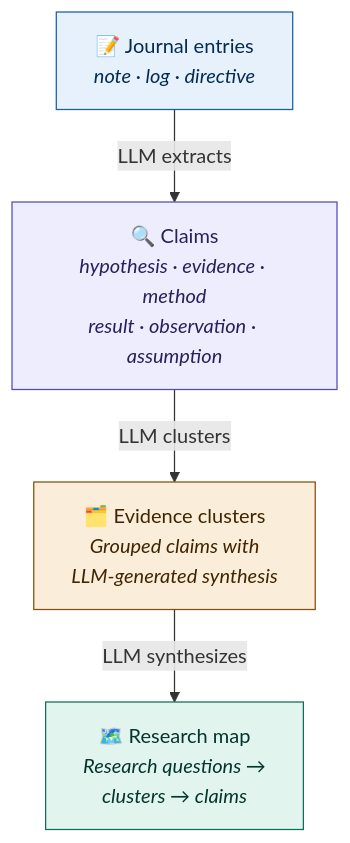
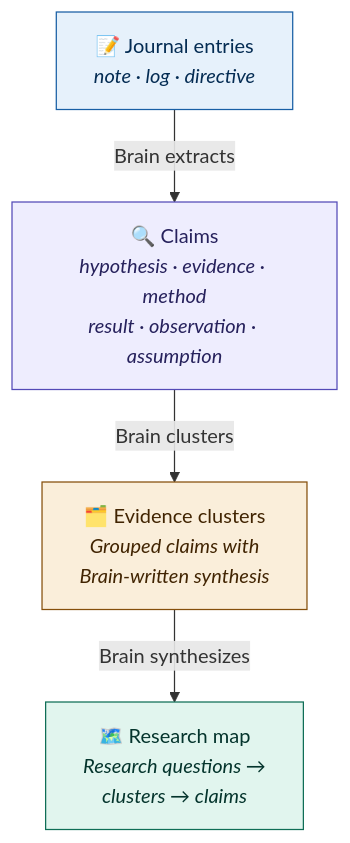
The second of 4 diagrams in README.md (infinitywings/rka), drawn with Mermaid before and after one commit. The commit also changed other lines of this file and 21 other files, not shown here.

````diff
--- a/README.md
+++ b/README.md
@@ -60,16 +60,16 @@
 ```mermaid
 graph TD
     Entry["📝 Journal entries<br/><i>note · log · directive</i>"]
     Claims["🔍 Claims<br/><i>hypothesis · evidence · method<br/>result · observation · assumption</i>"]
-    Clusters["🗂️ Evidence clusters<br/><i>Grouped claims with<br/>LLM-generated synthesis</i>"]
+    Clusters["🗂️ Evidence clusters<br/><i>Grouped claims with<br/>Brain-written synthesis</i>"]
     Map["🗺️ Research map<br/><i>Research questions →<br/>clusters → claims</i>"]
 
-    Entry -->|"LLM extracts"| Claims
-    Claims -->|"LLM clusters"| Clusters
-    Clusters -->|"LLM synthesizes"| Map
+    Entry -->|"Brain extracts"| Claims
+    Claims -->|"Brain clusters"| Clusters
+    Clusters -->|"Brain synthesizes"| Map
 
     style Entry fill:#E6F1FB,stroke:#185FA5,color:#042C53
     style Claims fill:#EEEDFE,stroke:#534AB7,color:#26215C
     style Clusters fill:#FAEEDA,stroke:#854F0B,color:#412402
     style Map fill:#E1F5EE,stroke:#0F6E56,color:#04342C
 ```
````
